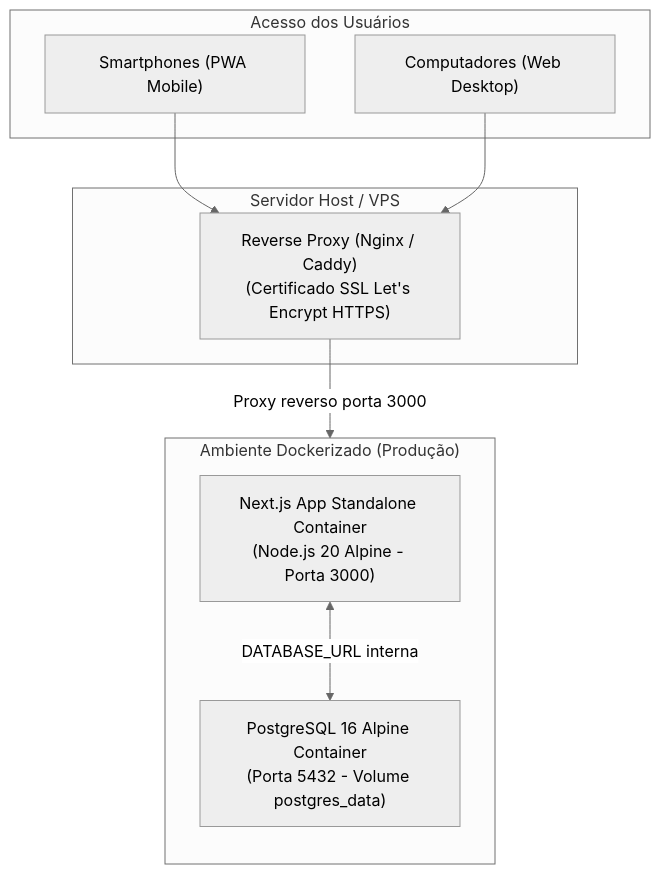
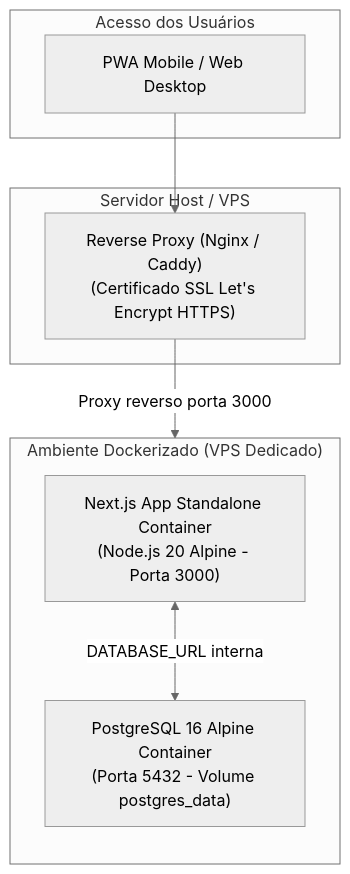
The eighth of 8 diagrams in docs/arquitetura-do-sistema.md (marcosbsdev/clube-da-cota), drawn with Mermaid (neutral theme) before and after one commit. The commit also changed other lines of this file and 4 other files, not shown here.

````diff
--- a/docs/arquitetura-do-sistema.md
+++ b/docs/arquitetura-do-sistema.md
@@ -326,21 +383,19 @@
 ```mermaid
 flowchart TD
-    subgraph DockerContainer["Ambiente Dockerizado (Produção)"]
+    subgraph DockerContainer["Ambiente Dockerizado (VPS Dedicado)"]
         direction TB
         NextApp["Next.js App Standalone Container\n(Node.js 20 Alpine - Porta 3000)"]
         PostgresContainer["PostgreSQL 16 Alpine Container\n(Porta 5432 - Volume postgres_data)"]
         NextApp <-->|DATABASE_URL interna| PostgresContainer
     end
 
     subgraph HostServer["Servidor Host / VPS"]
         ReverseProxy["Reverse Proxy (Nginx / Caddy)\n(Certificado SSL Let's Encrypt HTTPS)"]
         ReverseProxy -->|Proxy reverso porta 3000| NextApp
     end
 
-    subgraph Users["Acesso dos Usuários"]
-        UserMobile["Smartphones (PWA Mobile)"]
-        UserDesktop["Computadores (Web Desktop)"]
-        UserMobile --> ReverseProxy
-        UserDesktop --> ReverseProxy
+    subgraph OnPremUsers["Acesso dos Usuários"]
+        ClientApp["PWA Mobile / Web Desktop"]
+        ClientApp --> ReverseProxy
     end
 ```
````
